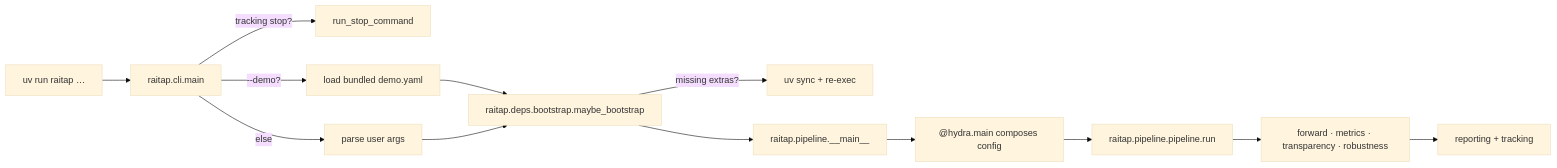
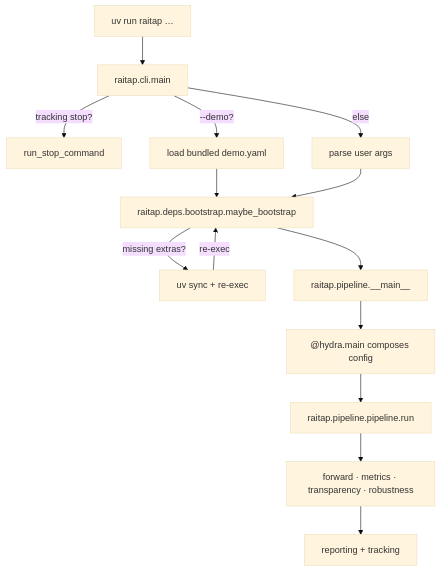
The diagram in docs/contributor/architecture.md (CAIIVS/raitap), drawn with Mermaid (base theme) before and after one commit. The commit also changed other lines of this file and 7 other files, not shown here.

````diff
--- a/docs/contributor/architecture.md
+++ b/docs/contributor/architecture.md
@@ -7,15 +5,16 @@
 ```{mermaid}
-flowchart LR
+flowchart TB
   A[uv run raitap …] --> B[raitap.cli.main]
   B -->|tracking stop?| Z[run_stop_command]
   B -->|--demo?| C1[load bundled demo.yaml]
   B -->|else| C2[parse user args]
   C1 --> D[raitap.deps.bootstrap.maybe_bootstrap]
   C2 --> D
   D -->|missing extras?| D1[uv sync + re-exec]
+  D1 -->|re-exec| D
   D --> E[raitap.pipeline.__main__]
   E --> F["@hydra.main composes config"]
   F --> G[raitap.pipeline.pipeline.run]
   G --> H[forward · metrics · transparency · robustness]
   H --> I[reporting + tracking]
 ```
````
